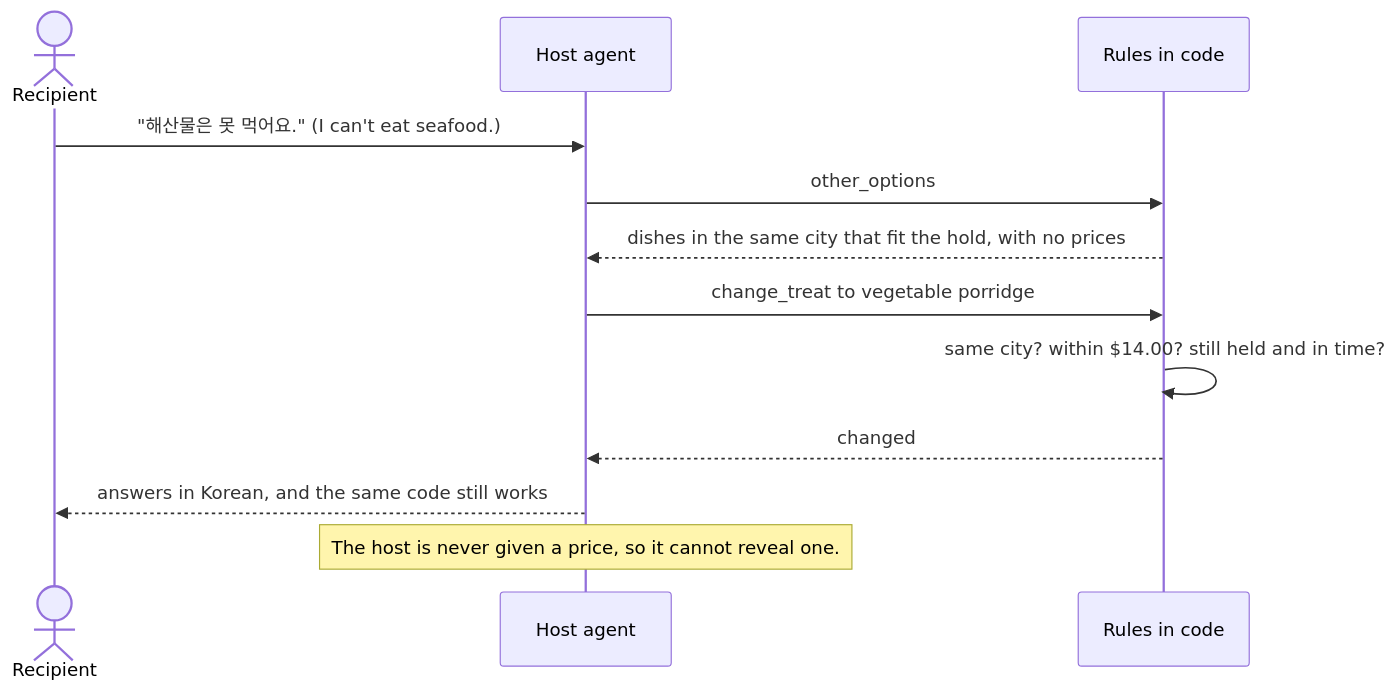
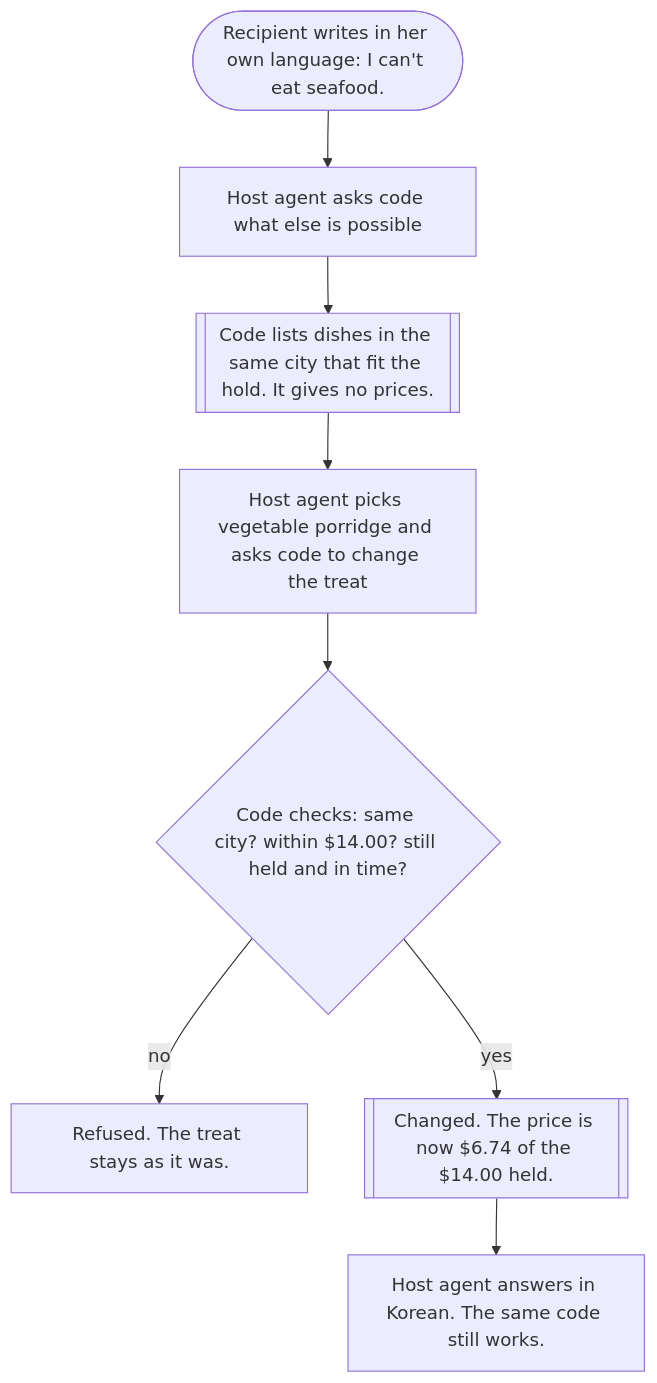
Before and after one commit to 55wind/handover: the fourth of 7 diagrams in README.md, drawn with Mermaid. The commit also changed other lines of this file, not shown here.

Commit message:
docs: flow diagrams drawn top to bottom so they stay readable on GitHub

````diff
--- a/README.md
+++ b/README.md
@@ -139,15 +124,14 @@
 ```mermaid
-sequenceDiagram
-    actor R as Recipient
-    participant H as Host agent
-    participant C as Rules in code
-
-    R->>H: "해산물은 못 먹어요." (I can't eat seafood.)
-    H->>C: other_options
-    C-->>H: dishes in the same city that fit the hold, with no prices
-    H->>C: change_treat to vegetable porridge
-    C->>C: same city? within $14.00? still held and in time?
-    C-->>H: changed
-    H-->>R: answers in Korean, and the same code still works
-    Note over H: The host is never given a price, so it cannot reveal one.
+flowchart TD
+    R1(["Recipient writes in her own language: I can't eat seafood."])
+    H1["Host agent asks code what else is possible"]
+    C1[["Code lists dishes in the same city that fit the hold. It gives no prices."]]
+    H2["Host agent picks vegetable porridge and asks code to change the treat"]
+    C2{"Code checks: same city? within $14.00? still held and in time?"}
+    X["Refused. The treat stays as it was."]
+    OK[["Changed. The price is now $6.74 of the $14.00 held."]]
+    H3["Host agent answers in Korean. The same code still works."]
+    R1 --> H1 --> C1 --> H2 --> C2
+    C2 -- "no" --> X
+    C2 -- "yes" --> OK --> H3
 ```
````
